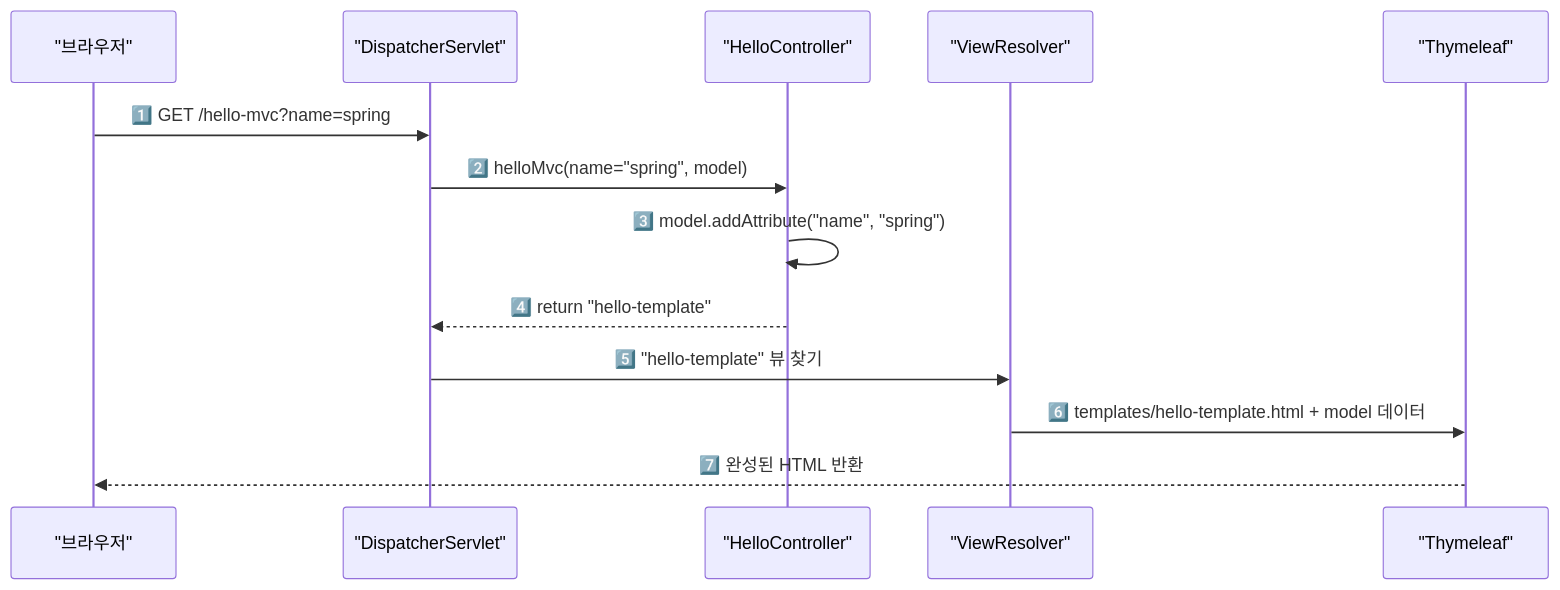
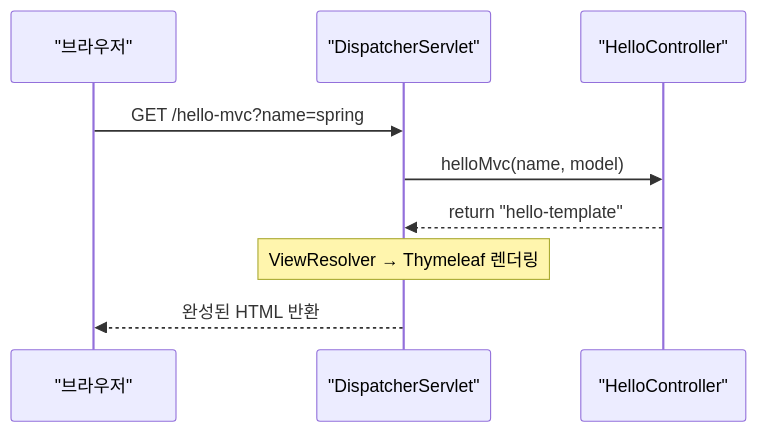
The third of 4 diagrams in _posts/springboot/2021-05-22-springboot-정적 컨텐츠, 템플릿, API.md (yjkim2015/yjkim2015.github.io), drawn with Mermaid before and after one commit. The commit also changed other lines of this file and 245 other files, not shown here.

First line of the commit message:
Mermaid 다이어그램 전면 수정 + 면접 포인트 접기/펼치기 + DB 데드락 페이지

```diff
--- a/_posts/springboot/2021-05-22-springboot-정적 컨텐츠, 템플릿, API.md
+++ b/_posts/springboot/2021-05-22-springboot-정적 컨텐츠, 템플릿, API.md
@@ -87,16 +84,12 @@
 <div class="mermaid">
 sequenceDiagram
     participant B as "브라우저"
     participant DS as "DispatcherServlet"
     participant C as "HelloController"
-    participant VR as "ViewResolver"
-    participant TH as "Thymeleaf"
 
-    B->>DS: 1️⃣ GET /hello-mvc?name=spring
-    DS->>C: 2️⃣ helloMvc(name="spring", model)
-    C->>C: 3️⃣ model.addAttribute("name", "spring")
-    C-->>DS: 4️⃣ return "hello-template"
-    DS->>VR: 5️⃣ "hello-template" 뷰 찾기
-    VR->>TH: 6️⃣ templates/hello-template.html + model 데이터
-    TH-->>B: 7️⃣ 완성된 HTML 반환
+    B->>DS: GET /hello-mvc?name=spring
+    DS->>C: helloMvc(name, model)
+    C-->>DS: return "hello-template"
+    Note over DS: ViewResolver → Thymeleaf 렌더링
+    DS-->>B: 완성된 HTML 반환
 </div>
```
